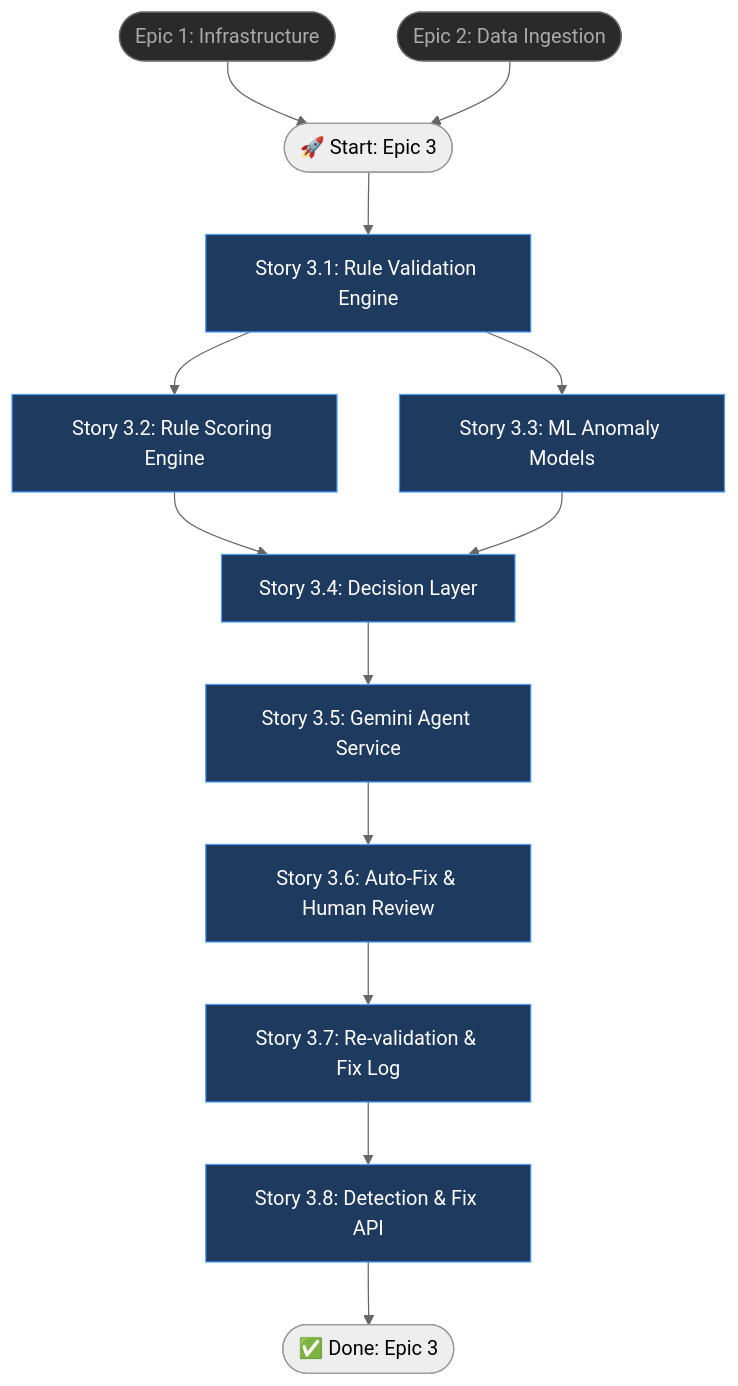
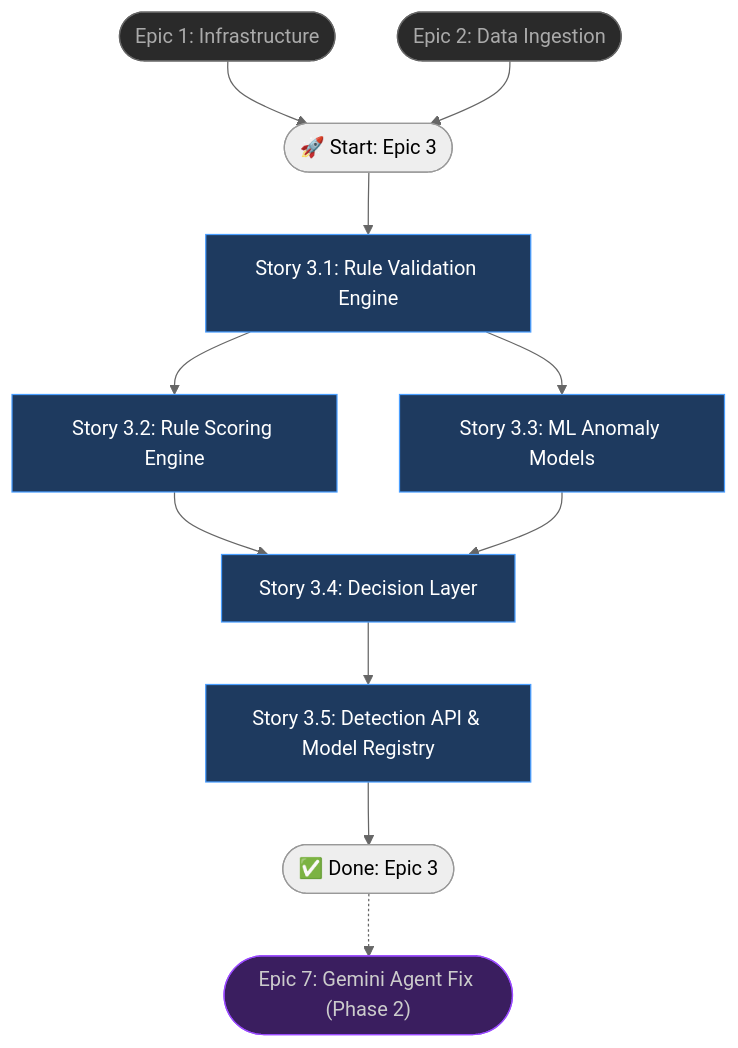
Before and after one commit to canhcutcon/final_project_ai: the diagram in docs/prd/epic-3-ai-anomaly-detection-engine.md, drawn with Mermaid (neutral theme). The commit also changed other lines of this file and 2 other files, not shown here.

Commit message:
refactor: update PRD to define 3-layer anomaly detection engine and introduce Gemini Agent Auto-Fix as Epic 7

````diff
--- a/docs/prd/epic-3-ai-anomaly-detection-engine.md
+++ b/docs/prd/epic-3-ai-anomaly-detection-engine.md
@@ -58,26 +46,22 @@
 ```mermaid
 flowchart TD
     P1(["Epic 1: Infrastructure"]):::prev --> A
     P2(["Epic 2: Data Ingestion"]):::prev --> A
     A(["🚀 Start: Epic 3"]) --> B["Story 3.1: Rule Validation Engine"]
     B --> C["Story 3.2: Rule Scoring Engine"]
     B --> D["Story 3.3: ML Anomaly Models"]
     C --> E["Story 3.4: Decision Layer"]
     D --> E
-    E --> F["Story 3.5: Gemini Agent Service"]
-    F --> G["Story 3.6: Auto-Fix & Human Review"]
-    G --> H["Story 3.7: Re-validation & Fix Log"]
-    H --> I["Story 3.8: Detection & Fix API"]
-    I --> J(["✅ Done: Epic 3"])
+    E --> F["Story 3.5: Detection API & Model Registry"]
+    F --> G(["✅ Done: Epic 3"])
+    G -.-> H(["Epic 7: Gemini Agent Fix (Phase 2)"]):::phase2
 
     B:::story
     C:::story
     D:::story
     E:::story
     F:::story
-    G:::story
-    H:::story
-    I:::story
     classDef story fill:#1e3a5f,stroke:#4a9eff,color:#fff
     classDef prev fill:#2a2a2a,stroke:#666,color:#aaa
+    classDef phase2 fill:#3a1e5f,stroke:#9a4aff,color:#ccc
 ```
````
